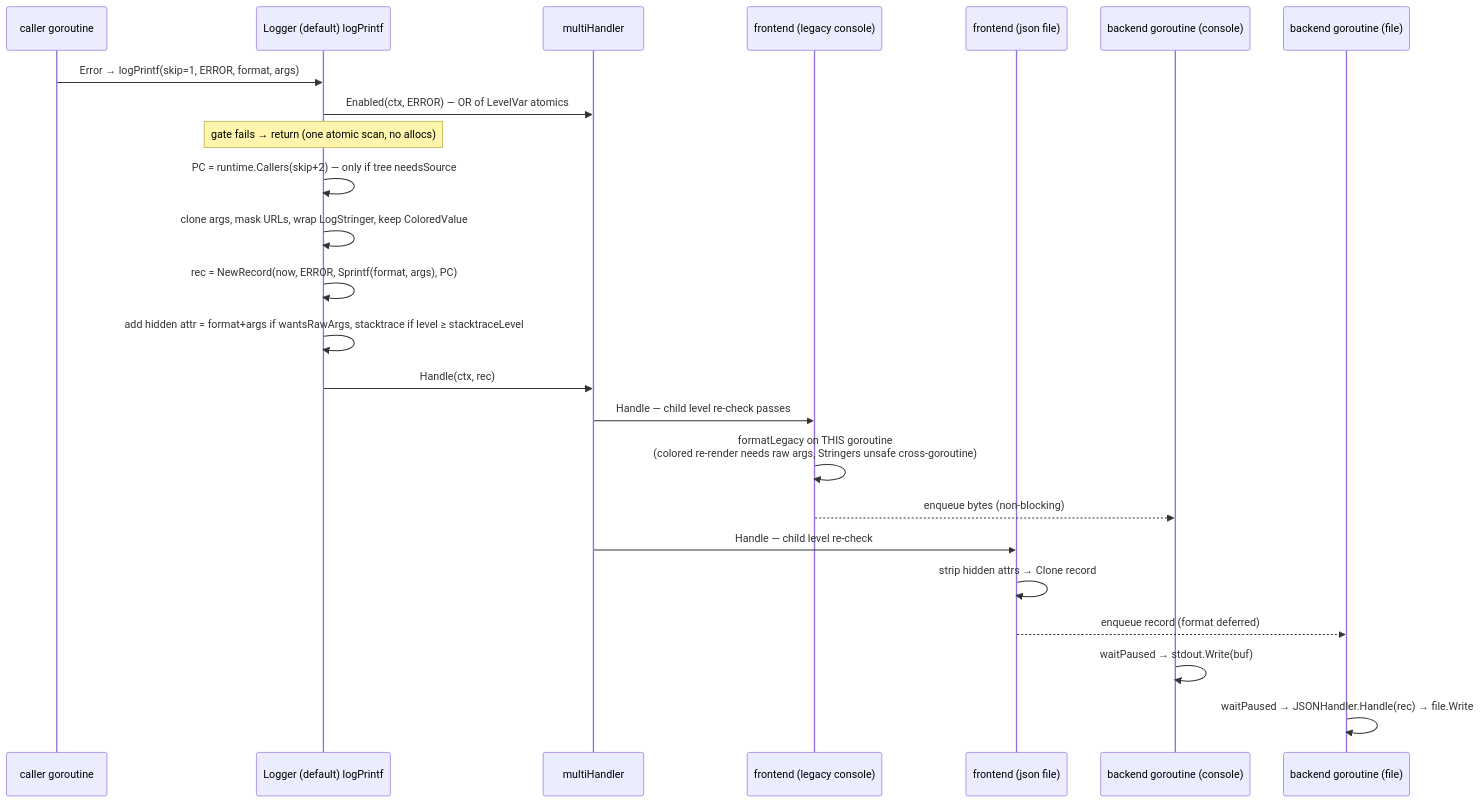
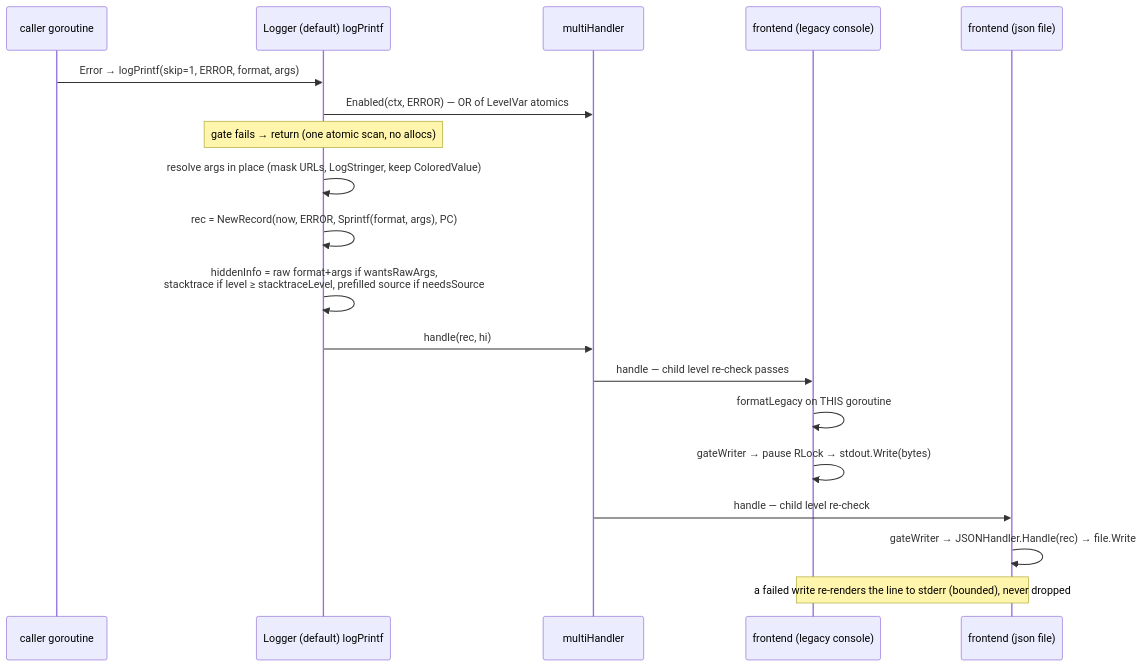
The second of 3 diagrams in slog_new_design.md (TheFox0x7/gitea), drawn with Mermaid before and after one commit. The commit also changed other lines of this file and 12 other files, not shown here.

````diff
--- a/slog_new_design.md
+++ b/slog_new_design.md
@@ -96,27 +199,22 @@
 ```mermaid
 sequenceDiagram
     participant C as caller goroutine
     participant L as Logger (default) logPrintf
     participant MH as multiHandler
     participant FL as frontend (legacy console)
     participant FS as frontend (json file)
-    participant G1 as backend goroutine (console)
-    participant G2 as backend goroutine (file)
 
     C->>L: Error → logPrintf(skip=1, ERROR, format, args)
     L->>MH: Enabled(ctx, ERROR) — OR of LevelVar atomics
     Note over L: gate fails → return (one atomic scan, no allocs)
-    L->>L: PC = runtime.Callers(skip+2) — only if tree needsSource
-    L->>L: clone args, mask URLs, wrap LogStringer, keep ColoredValue
+    L->>L: resolve args in place (mask URLs, LogStringer, keep ColoredValue)
     L->>L: rec = NewRecord(now, ERROR, Sprintf(format, args), PC)
-    L->>L: add hidden attr = format+args if wantsRawArgs, stacktrace if level ≥ stacktraceLevel
-    L->>MH: Handle(ctx, rec)
-    MH->>FL: Handle — child level re-check passes
-    FL->>FL: formatLegacy on THIS goroutine<br/>(colored re-render needs raw args, Stringers unsafe cross-goroutine)
-    FL-->>G1: enqueue bytes (non-blocking)
-    MH->>FS: Handle — child level re-check
-    FS->>FS: strip hidden attrs → Clone record
-    FS-->>G2: enqueue record (format deferred)
-    G1->>G1: waitPaused → stdout.Write(buf)
-    G2->>G2: waitPaused → JSONHandler.Handle(rec) → file.Write
+    L->>L: hiddenInfo = raw format+args if wantsRawArgs,<br/>stacktrace if level ≥ stacktraceLevel, prefilled source if needsSource
+    L->>MH: handle(rec, hi)
+    MH->>FL: handle — child level re-check passes
+    FL->>FL: formatLegacy on THIS goroutine
+    FL->>FL: gateWriter → pause RLock → stdout.Write(bytes)
+    MH->>FS: handle — child level re-check
+    FS->>FS: gateWriter → JSONHandler.Handle(rec) → file.Write
+    Note over FL,FS: a failed write re-renders the line to stderr (bounded), never dropped
 ```
````
